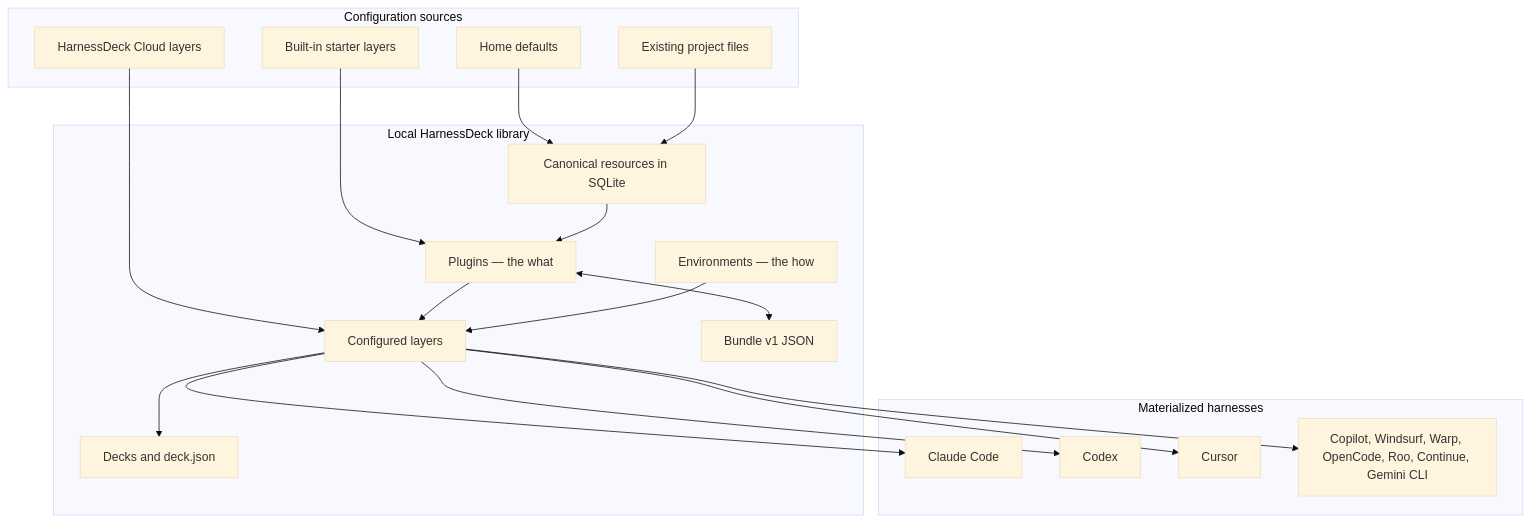
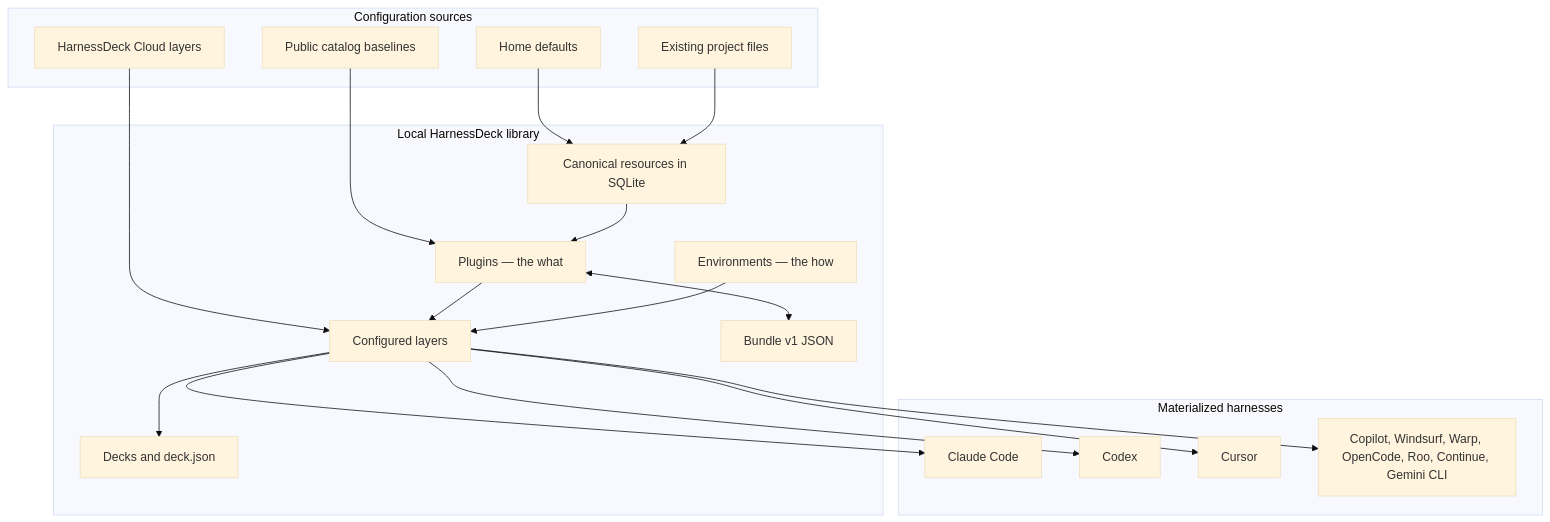
Before and after one commit to harnesstap/harnesstap: the first of 3 diagrams in README.md, drawn with Mermaid (base theme). The commit also changed other lines of this file and 5 other files, not shown here.

````diff
--- a/README.md
+++ b/README.md
@@ -193,39 +211,39 @@
 ```mermaid
 flowchart TB
   subgraph Sources[Configuration sources]
     Home[Home defaults]
     Repo[Existing project files]
     Cloud[HarnessDeck Cloud layers]
-    BuiltIn[Built-in starter layers]
+    BuiltIn[Public catalog baselines]
   end
 
   subgraph Library[Local HarnessDeck library]
     Resources[Canonical resources in SQLite]
     Plugins[Plugins — the what]
     Envs[Environments — the how]
     Layers[Configured layers]
     Decks[Decks and deck.json]
     Bundles[Bundle v1 JSON]
   end
 
   subgraph Targets[Materialized harnesses]
     Claude[Claude Code]
     Codex[Codex]
     Cursor[Cursor]
     Generic[Copilot, Windsurf, Warp, OpenCode, Roo, Continue, Gemini CLI]
   end
 
   Home --> Resources
   Repo --> Resources
   Cloud --> Layers
   BuiltIn --> Plugins
   Resources --> Plugins
   Plugins --> Layers
   Envs --> Layers
   Layers --> Decks
   Plugins <--> Bundles
   Layers --> Claude
   Layers --> Codex
   Layers --> Cursor
   Layers --> Generic
 ```
````
